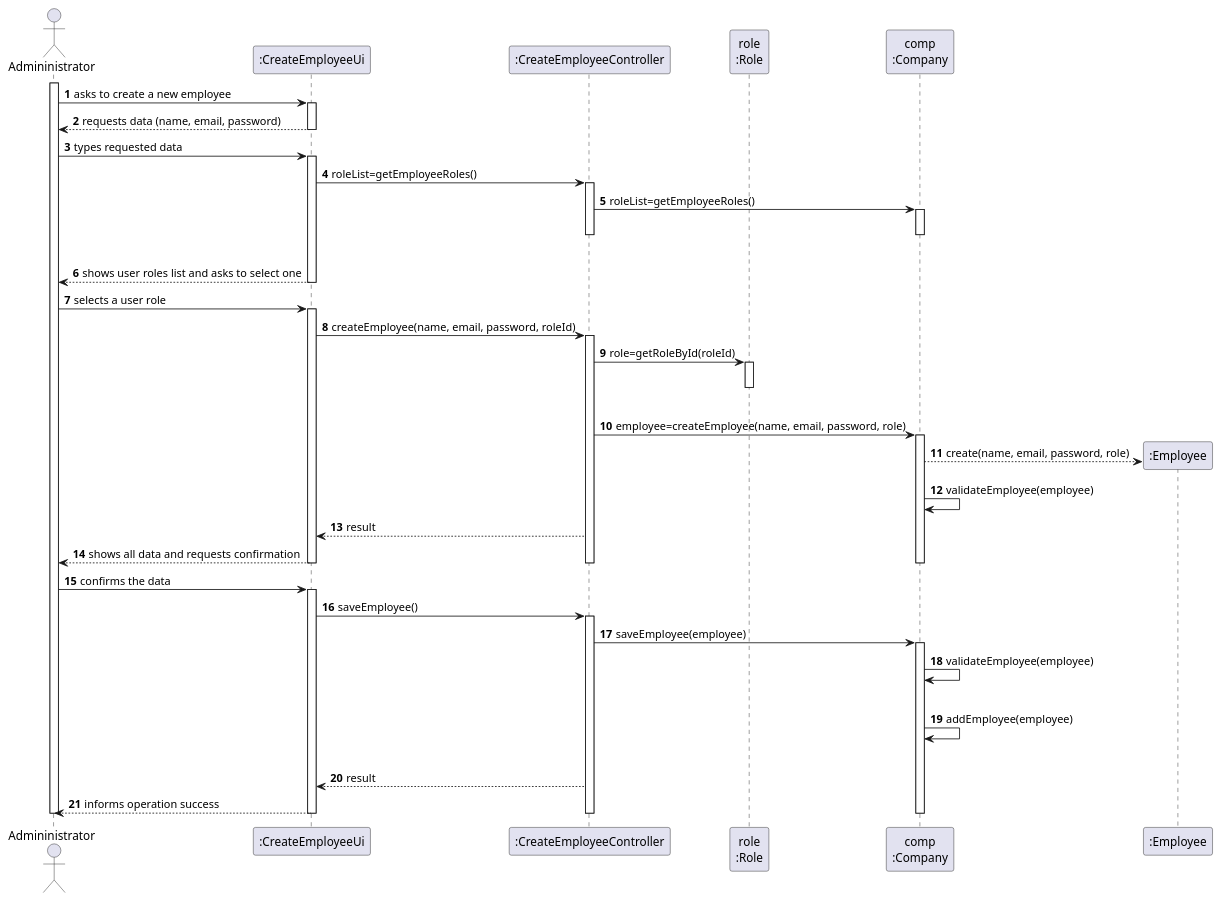
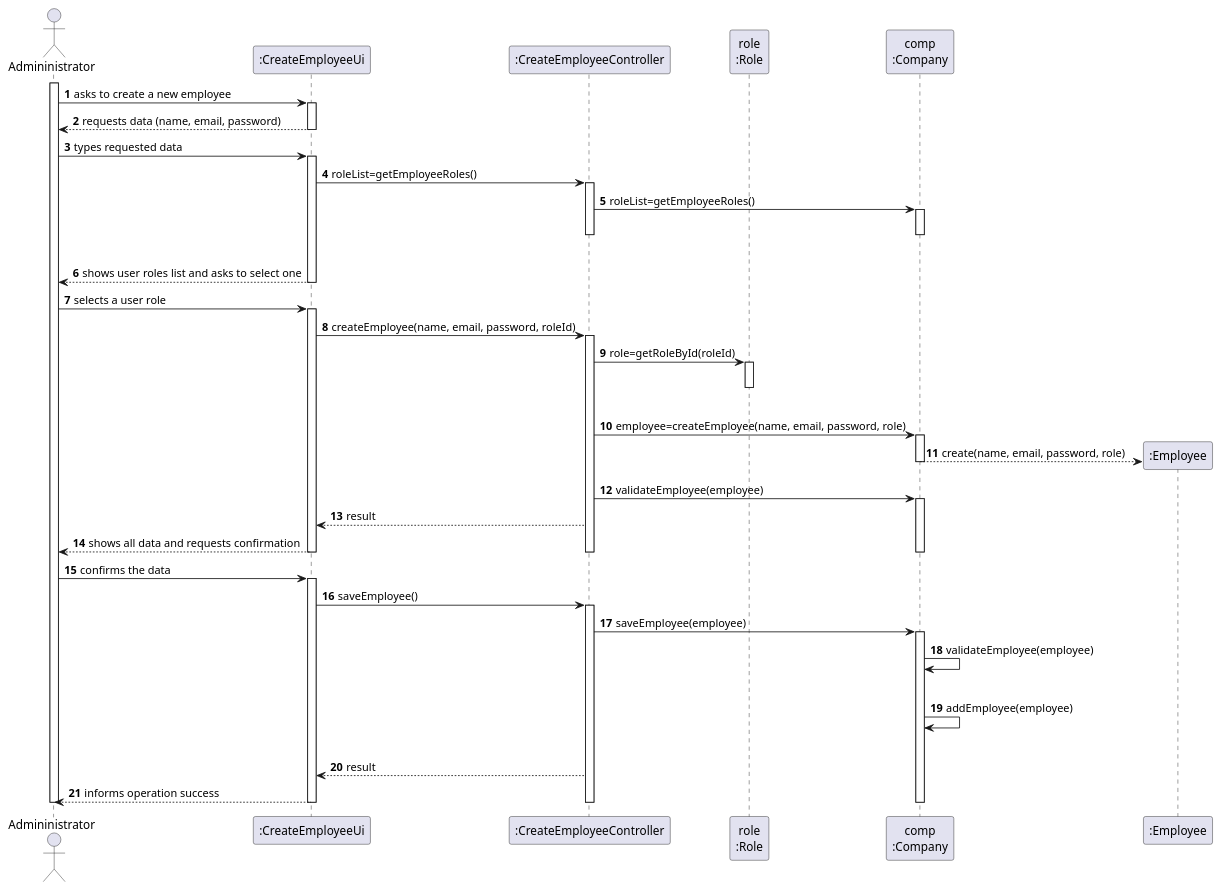
The diagram in docs/SprintB/US10/SD/US10_SD.puml (miseEnPlace-i/lapr2), drawn with PlantUML before and after one commit. The commit also changed 1 other file, not shown here.

```diff
--- a/docs/SprintB/US10/SD/US10_SD.puml
+++ b/docs/SprintB/US10/SD/US10_SD.puml
@@ -1,77 +1,80 @@
 @startuml US10_SD
 autonumber
-'hide footbox
+' hide footbox
 actor "Admininistrator" as admin
 
 participant ":CreateEmployeeUi" as empUi
 participant ":CreateEmployeeController" as empController
 participant "role\n:Role" as role
 participant "comp\n:Company" as comp
 participant ":Employee" as emp
 
 activate admin
 admin -> empUi : asks to create a new employee
 activate empUi
 empUi --> admin : requests data (name, email, password)
 deactivate empUi
 
 admin -> empUi : types requested data
 activate empUi
 
 empUi -> empController : roleList=getEmployeeRoles()
 activate empController
 
 empController -> comp : roleList=getEmployeeRoles()
 activate comp
 |||
 deactivate comp
 deactivate empController
 
 empUi --> admin : shows user roles list and asks to select one
 deactivate empUi
 
 admin -> empUi : selects a user role
 activate empUi
 
 empUi -> empController : createEmployee(name, email, password, roleId)
 activate empController
 
 empController -> role : role=getRoleById(roleId)
 activate role
 |||
 deactivate role
 
 empController -> comp: employee=createEmployee(name, email, password, role)
 activate comp
 
 comp --> emp**: create(name, email, password, role)
-comp -> comp: validateEmployee(employee)
+deactivate comp
+empController -> comp: validateEmployee(employee)
+
+activate comp
 empController --> empUi: result
 empUi --> admin: shows all data and requests confirmation
 deactivate comp
 deactivate empController
 deactivate empUi
 
 admin -> empUi : confirms the data
 activate empUi
 empUi -> empController : saveEmployee()
 activate empController
 
 empController -> comp : saveEmployee(employee)
 activate comp
 
 comp -> comp: validateEmployee(employee)
 |||
 comp -> comp: addEmployee(employee)
 |||
 
 empController --> empUi: result
 
 empUi --> admin : informs operation success
 deactivate comp
 deactivate empController
 deactivate empUi
 
 deactivate admin
 
 @enduml
```
